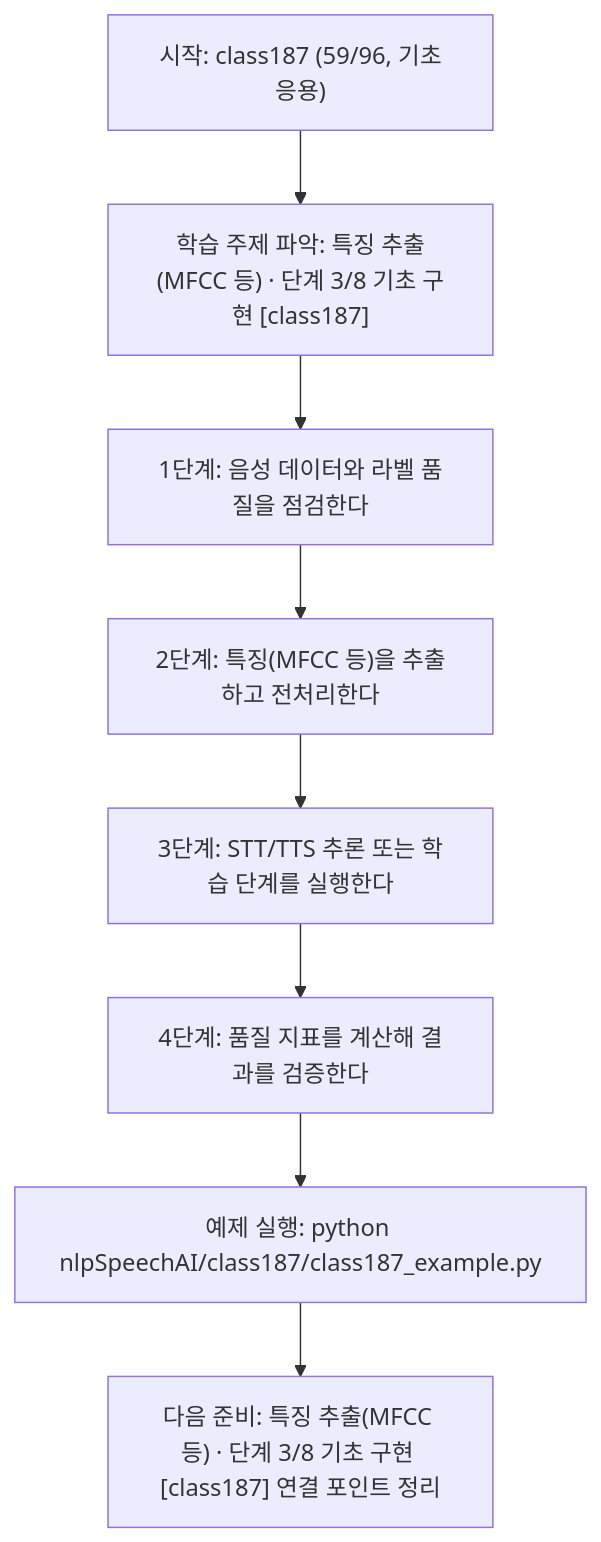
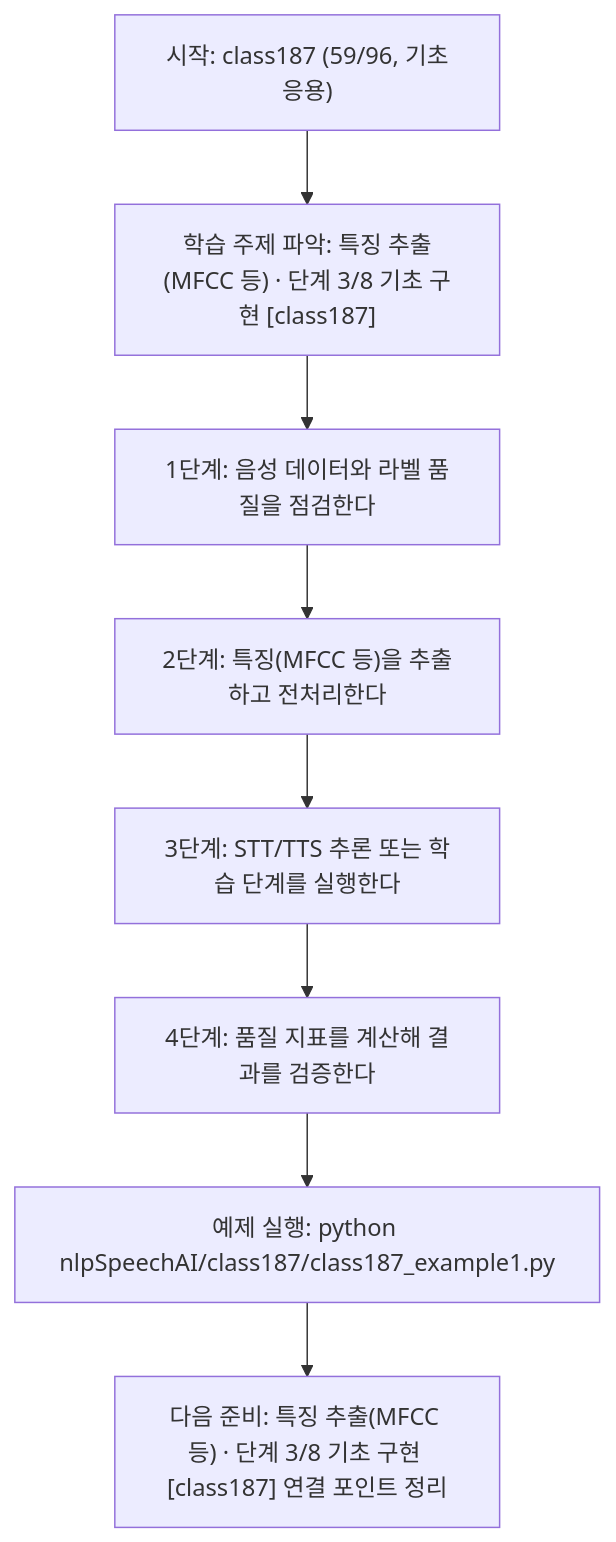
The diagram in nlpSpeechAI/class187/class187.md (edumgt/Python-AI_Agent-Class), drawn with Mermaid before and after one commit. The commit also changed other lines of this file and 2959 other files, not shown here.

````diff
--- a/nlpSpeechAI/class187/class187.md
+++ b/nlpSpeechAI/class187/class187.md
@@ -114,18 +114,18 @@
 ```mermaid
 flowchart TD
 N1["시작: class187 (59/96, 기초응용)"]
 N2["학습 주제 파악: 특징 추출(MFCC 등) · 단계 3/8 기초 구현 [class187]"]
 N3["1단계: 음성 데이터와 라벨 품질을 점검한다"]
 N4["2단계: 특징(MFCC 등)을 추출하고 전처리한다"]
 N5["3단계: STT/TTS 추론 또는 학습 단계를 실행한다"]
 N6["4단계: 품질 지표를 계산해 결과를 검증한다"]
-N7["예제 실행: python nlpSpeechAI/class187/class187_example.py"]
+N7["예제 실행: python nlpSpeechAI/class187/class187_example1.py"]
 N8["다음 준비: 특징 추출(MFCC 등) · 단계 3/8 기초 구현 [class187] 연결 포인트 정리"]
 N1 --> N2
 N2 --> N3
 N3 --> N4
 N4 --> N5
 N5 --> N6
 N6 --> N7
 N7 --> N8
 ```
````
